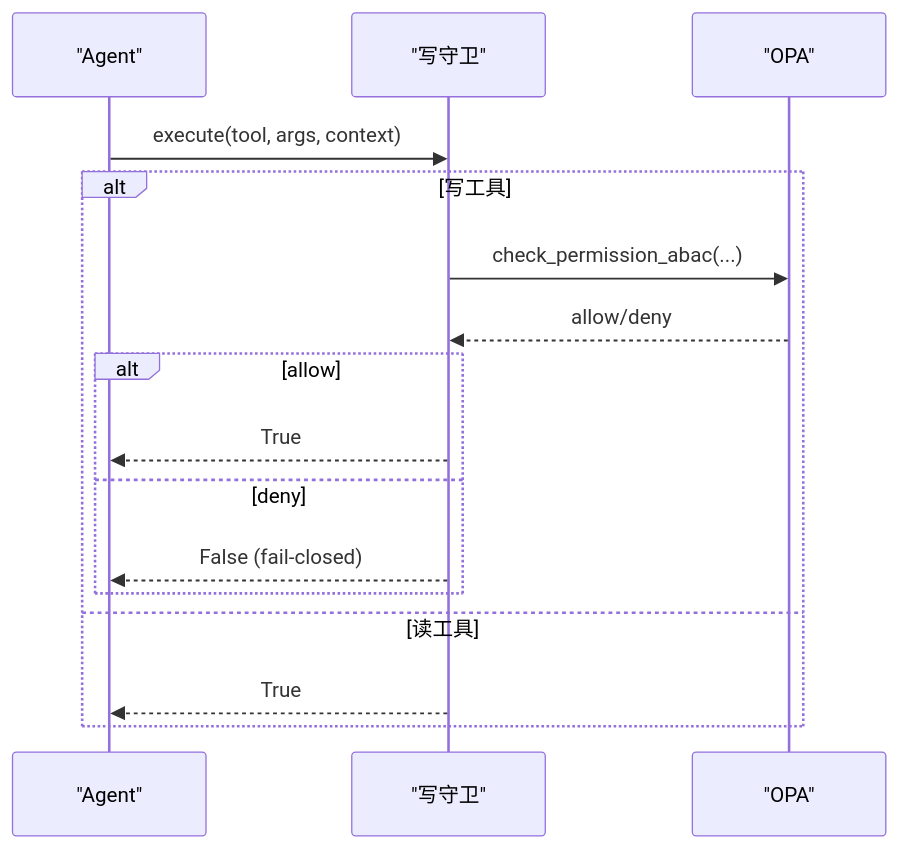
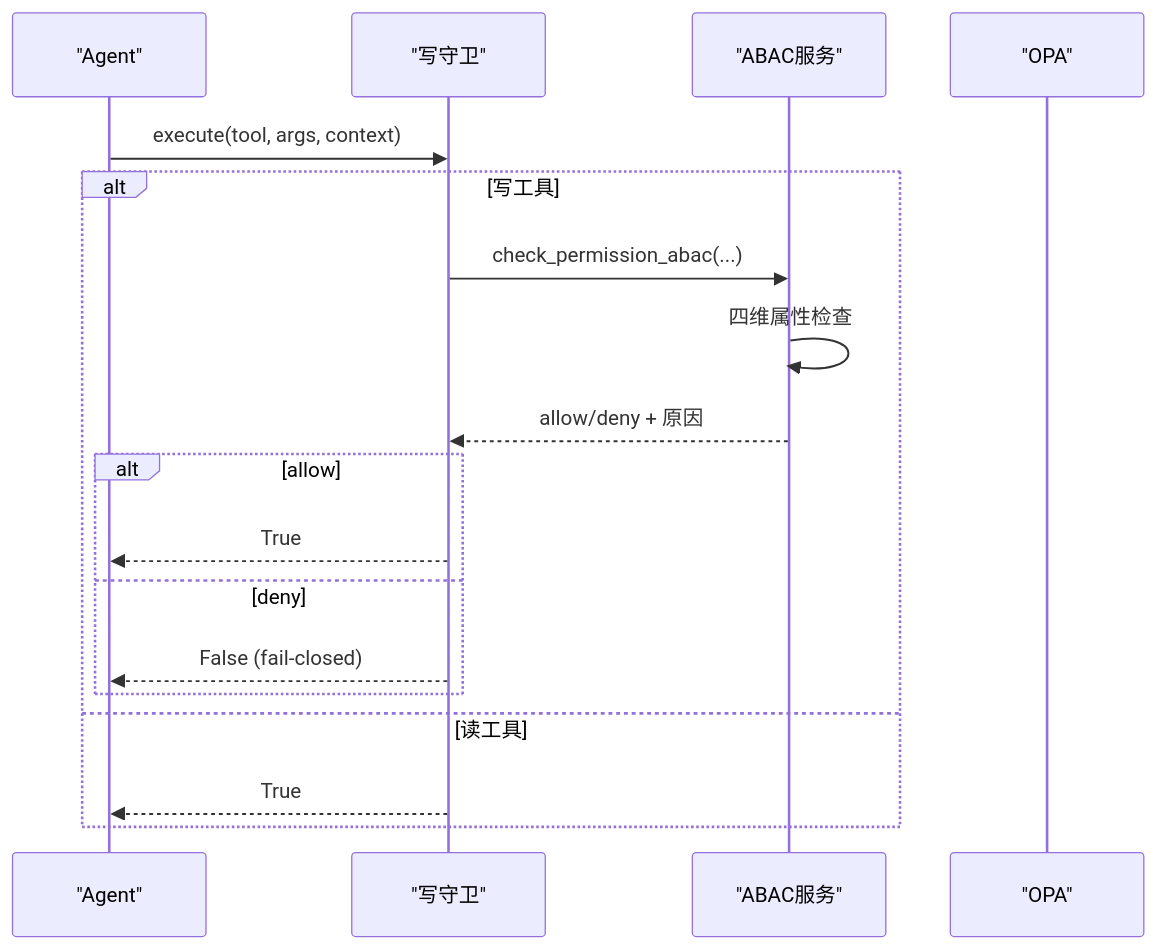
Before and after one commit to inier/ontology-graphiti: the sixth of 11 diagrams in .qoder/repowiki/zh/content/项目概述/核心特性/策略治理系统/策略治理系统.md, drawn with Mermaid. The commit also changed other lines of this file and 64 other files, not shown here.

````diff
--- a/.qoder/repowiki/zh/content/项目概述/核心特性/策略治理系统/策略治理系统.md
+++ b/.qoder/repowiki/zh/content/项目概述/核心特性/策略治理系统/策略治理系统.md
@@ -220,18 +293,20 @@
 ```mermaid
 sequenceDiagram
 participant Agent as "Agent"
 participant Guard as "写守卫"
+participant ABAC as "ABAC服务"
 participant OPA as "OPA"
 Agent->>Guard : execute(tool, args, context)
 alt 写工具
-Guard->>OPA : check_permission_abac(...)
-OPA-->>Guard : allow/deny
+Guard->>ABAC : check_permission_abac(...)
+ABAC->>ABAC : 四维属性检查
+ABAC-->>Guard : allow/deny + 原因
 alt allow
 Guard-->>Agent : True
 else deny
 Guard-->>Agent : False (fail-closed)
 end
 else 读工具
 Guard-->>Agent : True
 end
 ```
````
